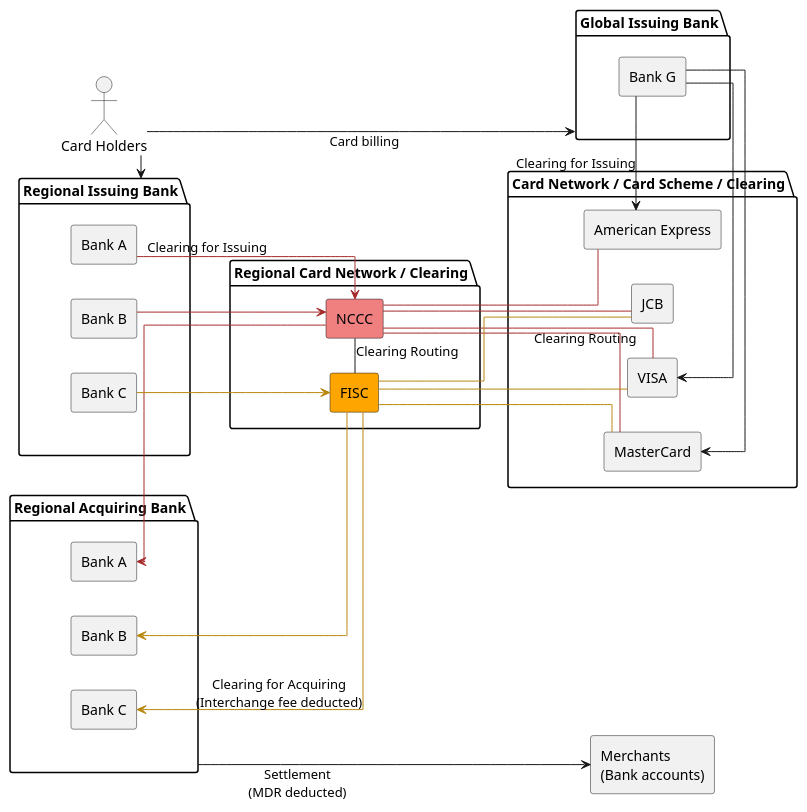
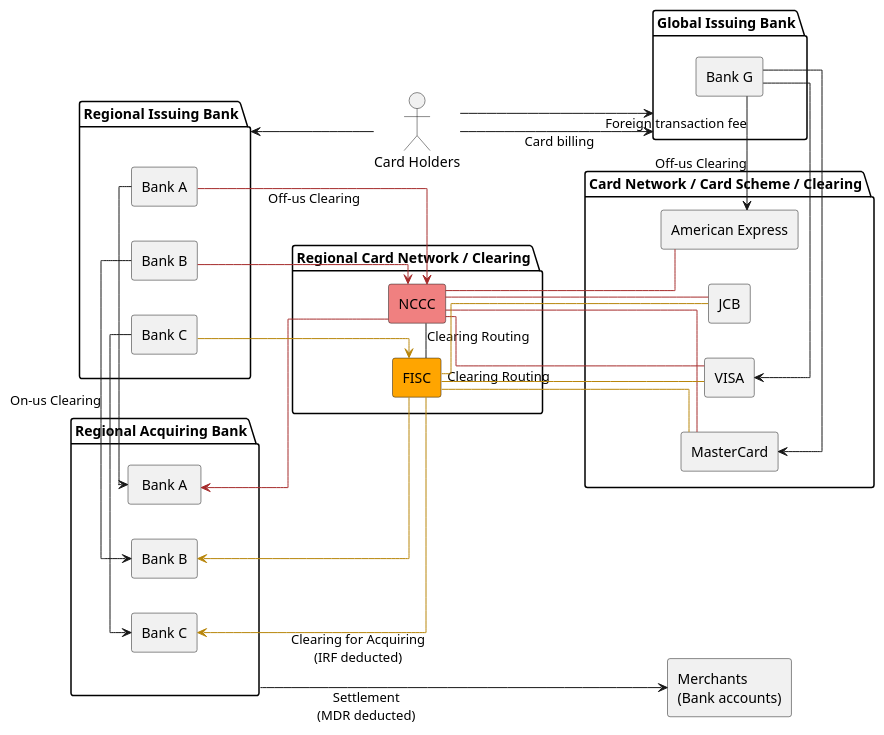
One commit to yidas/web-service-architectures changed the diagram in payment/local-card-services-clearing.plantuml. Above: the diagram before and after it, drawn with PlantUML.

```diff
--- a/payment/local-card-services-clearing.plantuml
+++ b/payment/local-card-services-clearing.plantuml
@@ -1,56 +1,61 @@
 @startuml
 skinparam linetype polyline
 skinparam linetype ortho
 left to right direction
 
 actor "Card Holders" as user
 agent "Merchants \n(Bank accounts)" as merchant
 package "Card Network / Card Scheme / Clearing" as ccnet {
   agent "VISA" as visa
   agent "MasterCard" as mc
   agent "JCB" as jcb
   agent "American Express" as axp
 }
 package "Regional Card Network / Clearing" as ccnet_local {
   agent "NCCC" as nccc #lightcoral
   agent "FISC" as fisc #orange
 }
 package "Global Issuing Bank" as issuer_global {
   agent "Bank G" as issuer_global_a
 }
 package "Regional Issuing Bank" as issuer_local {
   agent "Bank A" as issuer_a
   agent "Bank C" as issuer_b
   agent "Bank B" as issuer_c
 }
 package "Regional Acquiring Bank" as acquirer_local {
-  agent "Bank A" as acquirer_a
+  agent " Bank A " as acquirer_a
   agent "Bank C" as acquirer_b
   agent "Bank B" as acquirer_c
 }
 
 nccc - fisc: Clearing Routing
 nccc --[#brown] visa: Clearing Routing
 nccc --[#brown] mc
 nccc --[#brown] jcb
 nccc --[#brown] axp
 fisc --[#darkGoldenRod] visa
 fisc --[#darkGoldenRod] mc
 fisc -[#darkGoldenRod] jcb
 
-issuer_a --[#brown]> nccc: Clearing for Issuing
+issuer_a --[#brown]> nccc: Off-us Clearing
 acquirer_a <--[#brown] nccc
 issuer_b --[#darkGoldenRod]> fisc
-acquirer_b <--[#darkGoldenRod] fisc: Clearing for Acquiring\n(Interchange fee deducted)
+acquirer_b <--[#darkGoldenRod] fisc: Clearing for Acquiring\n(IRF deducted)
 issuer_c --[#brown]> nccc
 acquirer_c <--[#darkGoldenRod] fisc
 
+issuer_a -> acquirer_a
+issuer_b -> acquirer_b
+issuer_c -> acquirer_c: On-us Clearing
+
 issuer_global_a -right-> visa
 issuer_global_a -right-> mc
-issuer_global_a -right-> axp: Clearing for Issuing
+issuer_global_a -right-> axp: Off-us Clearing
 
 acquirer_local ---> merchant: Settlement\n(MDR deducted)
 
-user --> issuer_global: Card billing
-user -> issuer_local
+user -down-> issuer_global: Card billing
+user -down-> issuer_global: Foreign transaction fee 
+user -up-> issuer_local
 @enduml
```
